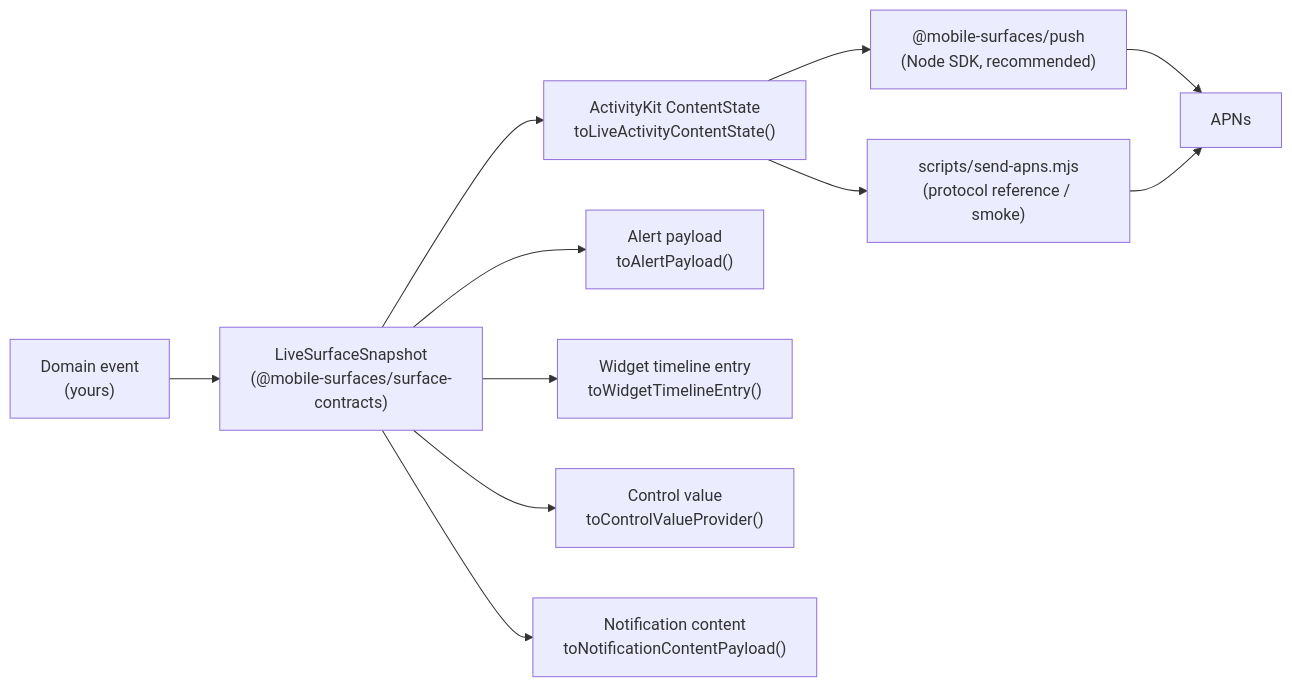
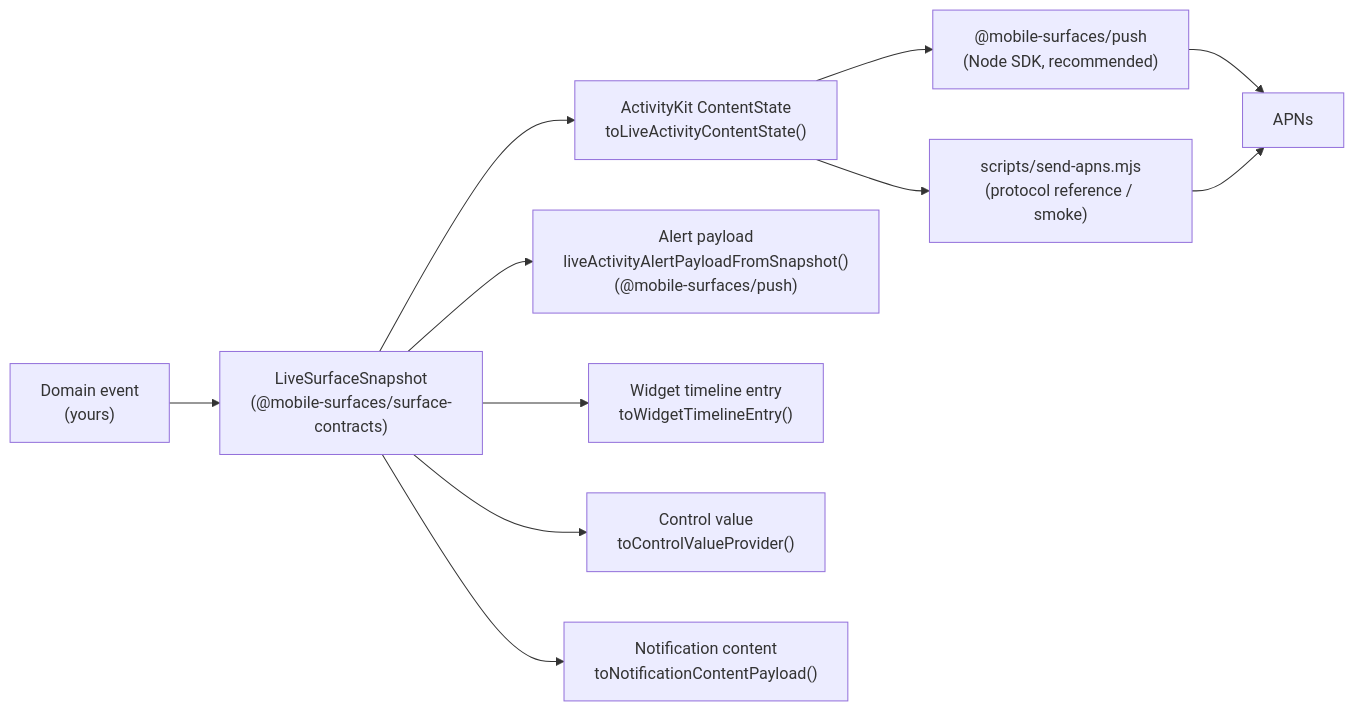
Before and after one commit to glendonC/mobile-surfaces: the diagram in docs/backend-integration.md, drawn with Mermaid. The commit also changed other lines of this file and 9 other files, not shown here.

````diff
--- a/docs/backend-integration.md
+++ b/docs/backend-integration.md
@@ -13,13 +13,13 @@
 ```mermaid
 flowchart LR
   Event["Domain event<br/>(yours)"] --> Snapshot["LiveSurfaceSnapshot<br/>(@mobile-surfaces/surface-contracts)"]
   Snapshot --> Content["ActivityKit ContentState<br/>toLiveActivityContentState()"]
-  Snapshot --> Alert["Alert payload<br/>toAlertPayload()"]
+  Snapshot --> Alert["Alert payload<br/>liveActivityAlertPayloadFromSnapshot()<br/>(@mobile-surfaces/push)"]
   Snapshot --> Widget["Widget timeline entry<br/>toWidgetTimelineEntry()"]
   Snapshot --> Control["Control value<br/>toControlValueProvider()"]
   Snapshot --> Notification["Notification content<br/>toNotificationContentPayload()"]
   Content --> SDK["@mobile-surfaces/push<br/>(Node SDK, recommended)"]
   Content --> Script["scripts/send-apns.mjs<br/>(protocol reference / smoke)"]
   SDK --> APNS["APNs"]
   Script --> APNS
 ```
````
